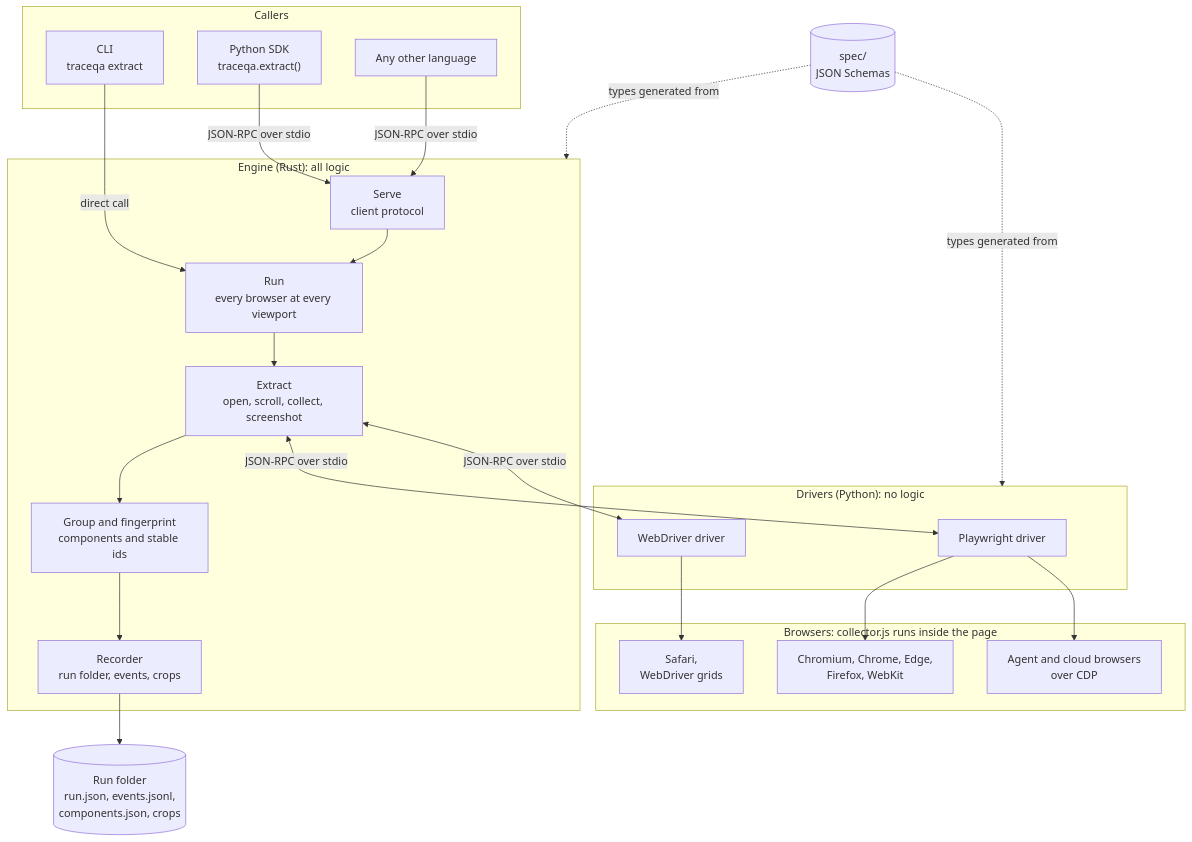
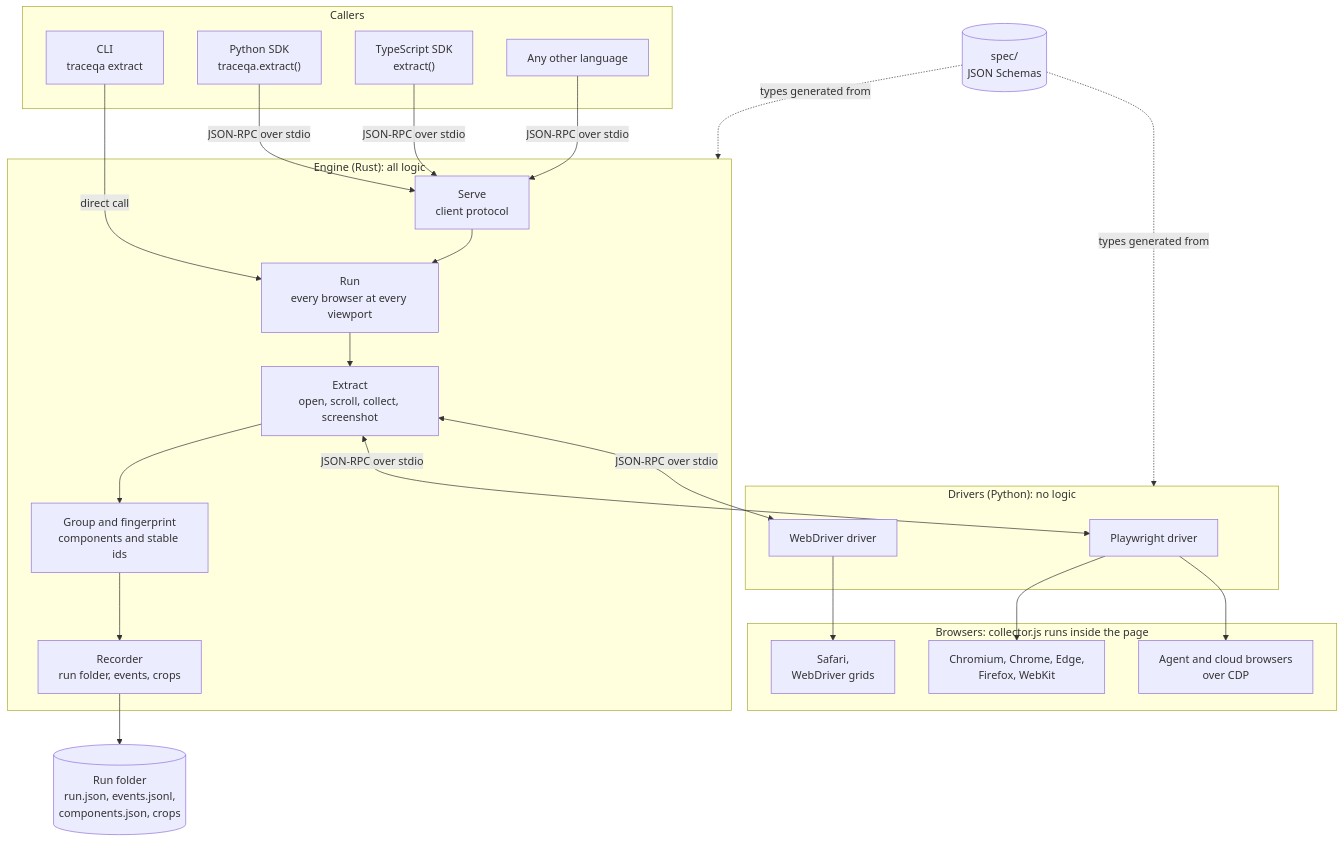
Before and after one commit to thearpankumar/TraceQA: the diagram in README.md, drawn with Mermaid. The commit also changed other lines of this file and 30 other files, not shown here.

Commit message:
Add TypeScript SDK, recorded client transcripts and a guide for other languages

````diff
--- a/README.md
+++ b/README.md
@@ -177,43 +203,45 @@
 ```mermaid
 flowchart TB
     subgraph callers["Callers"]
         cli["CLI<br/>traceqa extract"]
         py["Python SDK<br/>traceqa.extract()"]
+        ts["TypeScript SDK<br/>extract()"]
         other["Any other language"]
     end
 
     subgraph engine["Engine (Rust): all logic"]
         serve["Serve<br/>client protocol"]
         run["Run<br/>every browser at every viewport"]
         extract["Extract<br/>open, scroll, collect, screenshot"]
         group["Group and fingerprint<br/>components and stable ids"]
         recorder["Recorder<br/>run folder, events, crops"]
         serve --> run --> extract --> group --> recorder
     end
 
     subgraph drivers["Drivers (Python): no logic"]
         pw["Playwright driver"]
         wd["WebDriver driver"]
     end
 
     subgraph browsers["Browsers: collector.js runs inside the page"]
         b1["Chromium, Chrome, Edge,<br/>Firefox, WebKit"]
         b2["Agent and cloud browsers<br/>over CDP"]
         b3["Safari,<br/>WebDriver grids"]
     end
 
     spec[("spec/<br/>JSON Schemas")]
     out[("Run folder<br/>run.json, events.jsonl,<br/>components.json, crops")]
 
     cli -->|direct call| run
     py -->|JSON-RPC over stdio| serve
+    ts -->|JSON-RPC over stdio| serve
     other -->|JSON-RPC over stdio| serve
     extract <-->|JSON-RPC over stdio| pw
     extract <-->|JSON-RPC over stdio| wd
     pw --> b1
     pw --> b2
     wd --> b3
     recorder --> out
     spec -.->|types generated from| engine
     spec -.->|types generated from| drivers
 ```
````
